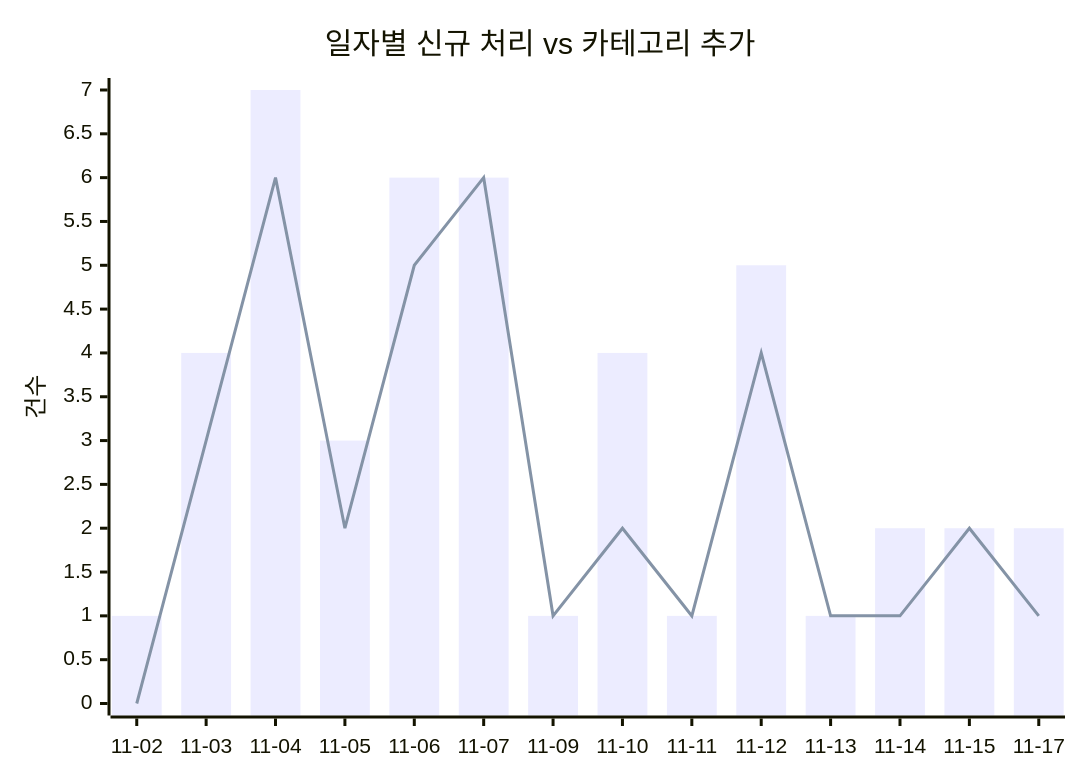
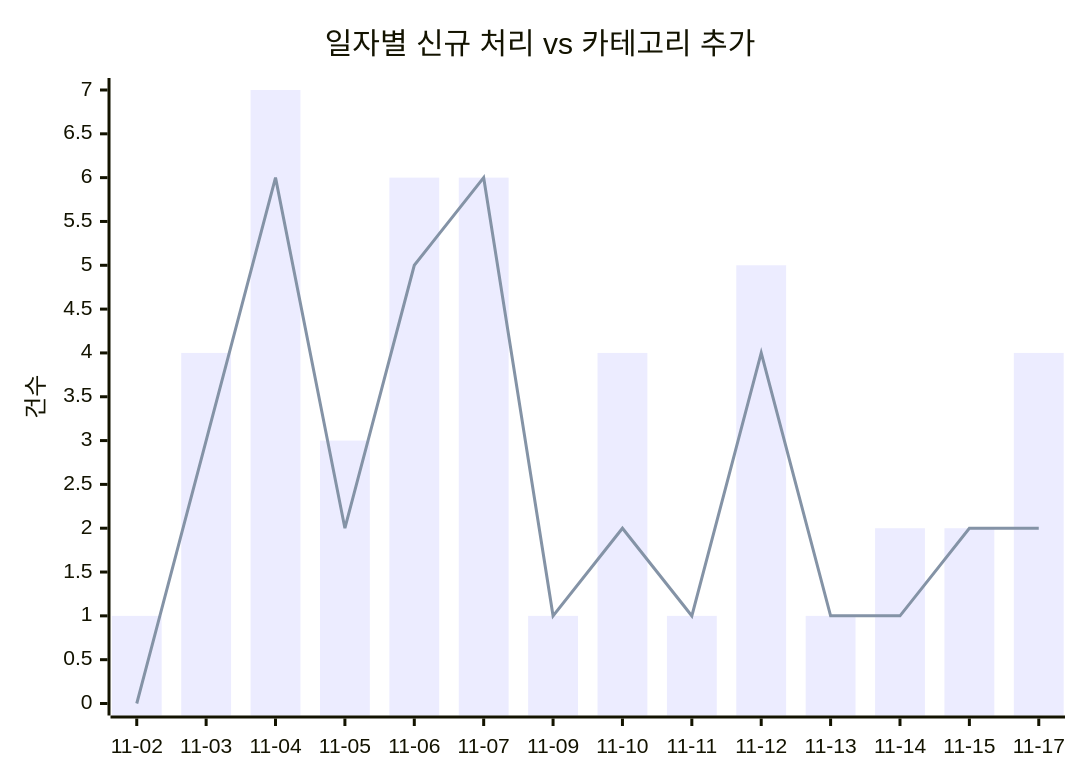
The first of 2 diagrams in docs/trends.md (J-nowcow/awesome-korean-agent-skills), drawn with Mermaid before and after one commit. The commit also changed other lines of this file and 3 other files, not shown here.

````diff
--- a/docs/trends.md
+++ b/docs/trends.md
@@ -32,8 +32,8 @@
 ```mermaid
 xychart-beta
     title "일자별 신규 처리 vs 카테고리 추가"
     x-axis ["11-02","11-03","11-04","11-05","11-06","11-07","11-09","11-10","11-11","11-12","11-13","11-14","11-15","11-17"]
     y-axis "건수"
-    bar [1,4,7,3,6,6,1,4,1,5,1,2,2,2]
-    line [0,3,6,2,5,6,1,2,1,4,1,1,2,1]
+    bar [1,4,7,3,6,6,1,4,1,5,1,2,2,4]
+    line [0,3,6,2,5,6,1,2,1,4,1,1,2,2]
 ```
````
